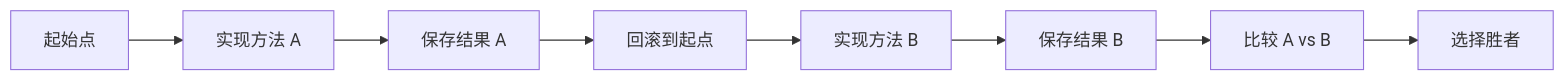
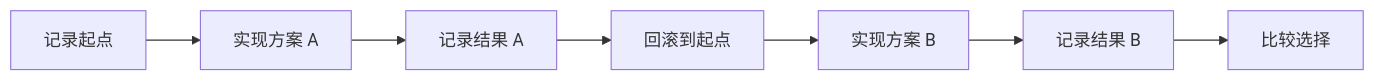
The diagram in 09-checkpoints/README.md (hellojoju/claude-code-lesson), drawn with Mermaid before and after one commit. The commit also changed other lines of this file and 11 other files, not shown here.

````diff
--- a/09-checkpoints/README.md
+++ b/09-checkpoints/README.md
@@ -751,10 +306,9 @@
 ```mermaid
 flowchart LR
-    A[起始点] --> B[实现方法 A]
-    B --> C[保存结果 A]
+    A[记录起点] --> B[实现方案 A]
+    B --> C[记录结果 A]
     C --> D[回滚到起点]
-    D --> E[实现方法 B]
-    E --> F[保存结果 B]
-    F --> G[比较 A vs B]
-    G --> H[选择胜者]
+    D --> E[实现方案 B]
+    E --> F[记录结果 B]
+    F --> G[比较选择]
 ```
````
